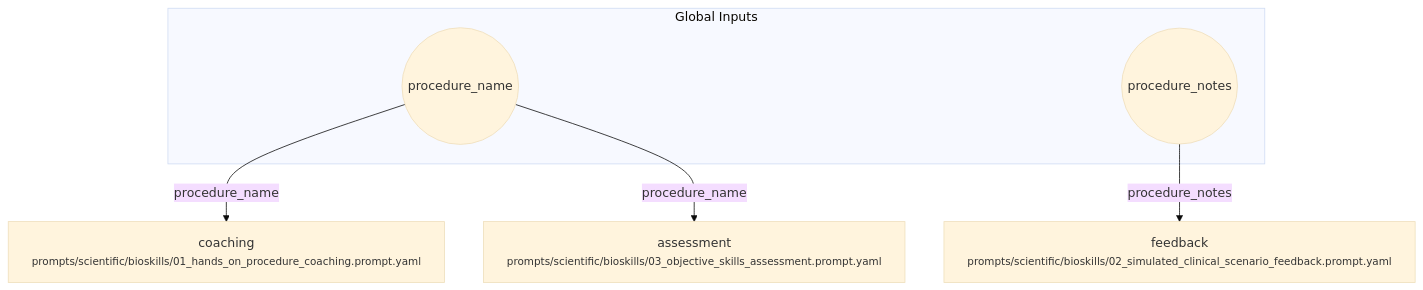
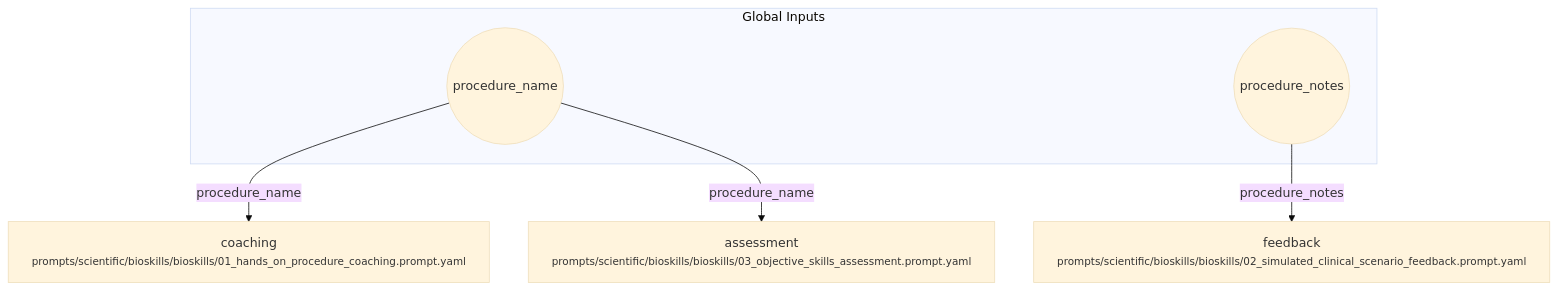
One commit to fderuiter/proompts changed the diagram in workflows/scientific/bioskills.workflow.md. Above: the diagram before and after it, drawn with Mermaid (base theme). The commit also changed 31 other files, not shown here.

````diff
--- a/workflows/scientific/bioskills.workflow.md
+++ b/workflows/scientific/bioskills.workflow.md
@@ -7,13 +7,13 @@
 ```mermaid
 flowchart TD
     subgraph Inputs [Global Inputs]
         inp_procedure_name((procedure_name))
         inp_procedure_notes((procedure_notes))
     end
-    coaching["coaching<br/><small>prompts/scientific/bioskills/01_hands_on_procedure_coaching.prompt.yaml</small>"]
-    feedback["feedback<br/><small>prompts/scientific/bioskills/02_simulated_clinical_scenario_feedback.prompt.yaml</small>"]
-    assessment["assessment<br/><small>prompts/scientific/bioskills/03_objective_skills_assessment.prompt.yaml</small>"]
+    coaching["coaching<br/><small>prompts/scientific/bioskills/bioskills/01_hands_on_procedure_coaching.prompt.yaml</small>"]
+    feedback["feedback<br/><small>prompts/scientific/bioskills/bioskills/02_simulated_clinical_scenario_feedback.prompt.yaml</small>"]
+    assessment["assessment<br/><small>prompts/scientific/bioskills/bioskills/03_objective_skills_assessment.prompt.yaml</small>"]
     inp_procedure_name -->|procedure_name| coaching
     inp_procedure_notes -->|procedure_notes| feedback
     inp_procedure_name -->|procedure_name| assessment
 ```
````
